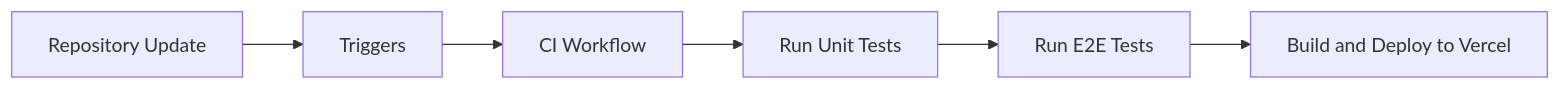
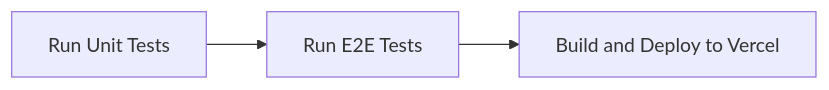
One commit to ReggieAdjetey/calculatortest.frontend changed the second of 2 diagrams in README.md. Above: the diagram before and after it, drawn with Mermaid. The commit also changed 10 other files, not shown here.

Commit message:
Kick build off (E2E tests)

````diff
--- a/README.md
+++ b/README.md
@@ -29,8 +29,5 @@
 ```mermaid
 graph LR
-    A[Repository Update] --> B[Triggers]
-    B --> C[CI Workflow]
-    C --> D[Run Unit Tests]
-    D --> E[Run E2E Tests]
-    E --> F[Build and Deploy to Vercel]
+    A[Run Unit Tests] --> B[Run E2E Tests]
+    B --> C[Build and Deploy to Vercel]
 ```
````
